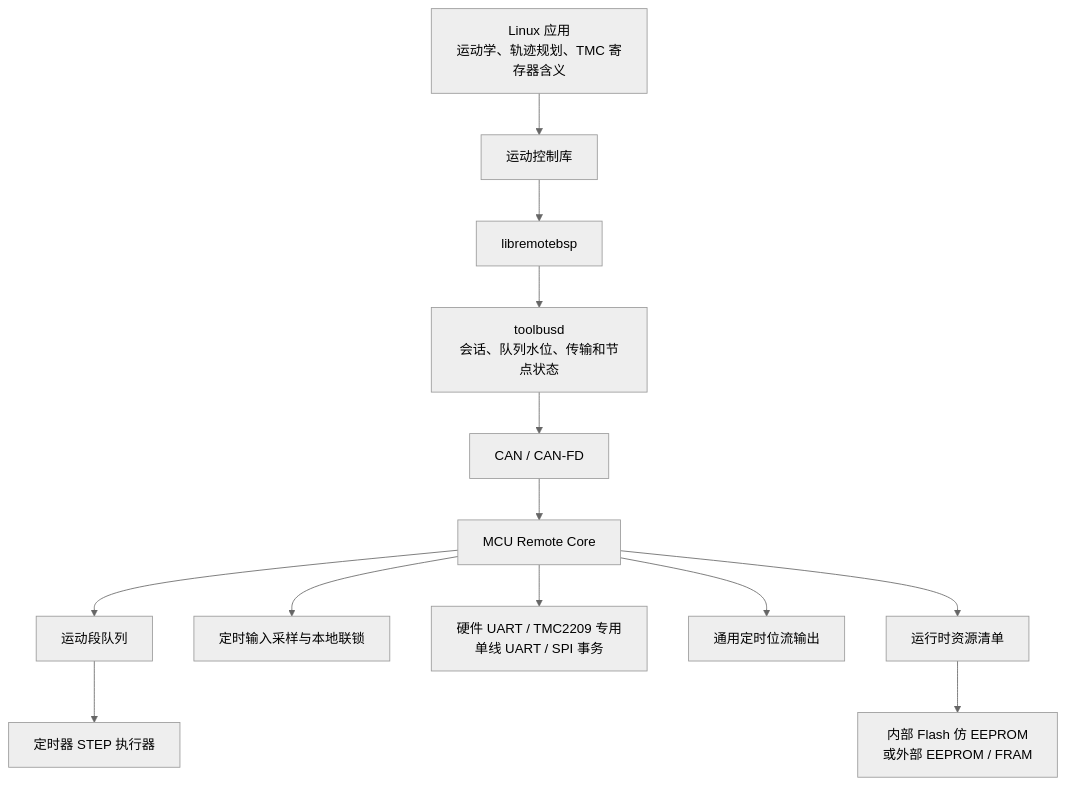
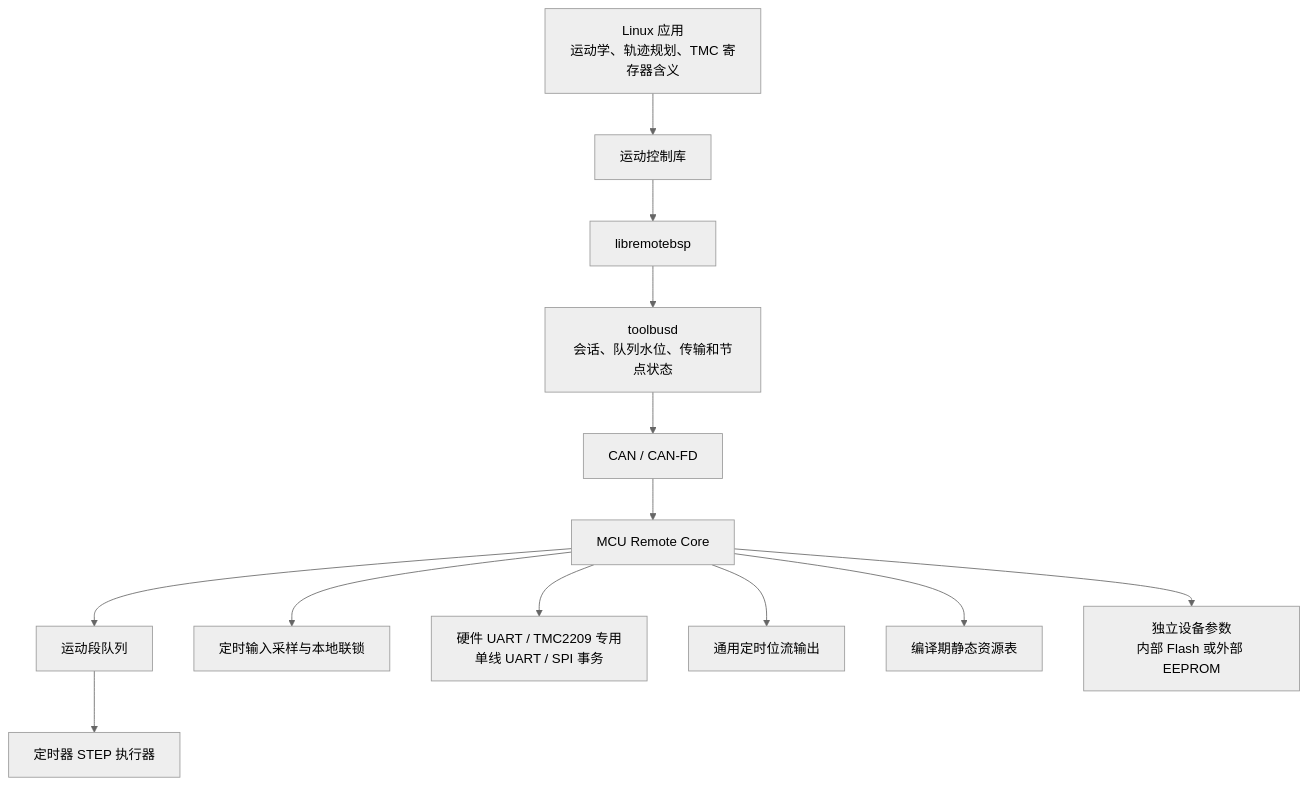
The diagram in docs/intelligent-motion-resources.md (sendu2wfdx/RemoteBSP), drawn with Mermaid (neutral theme) before and after one commit. The commit also changed other lines of this file and 102 other files, not shown here.

````diff
--- a/docs/intelligent-motion-resources.md
+++ b/docs/intelligent-motion-resources.md
@@ -61,15 +64,15 @@
 ```mermaid
 flowchart TD
     A["Linux 应用<br/>运动学、轨迹规划、TMC 寄存器含义"] --> B["运动控制库"]
     B --> C["libremotebsp"]
     C --> D["toolbusd<br/>会话、队列水位、传输和节点状态"]
     D --> E["CAN / CAN-FD"]
     E --> F["MCU Remote Core"]
     F --> G["运动段队列"]
     G --> H["定时器 STEP 执行器"]
     F --> I["定时输入采样与本地联锁"]
     F --> J["硬件 UART / TMC2209 专用单线 UART / SPI 事务"]
     F --> M["通用定时位流输出"]
-    F --> K["运行时资源清单"]
-    K --> L["内部 Flash 仿 EEPROM<br/>或外部 EEPROM / FRAM"]
+    F --> K["编译期静态资源表"]
+    F --> L["独立设备参数<br/>内部 Flash 或外部 EEPROM"]
 ```
````
